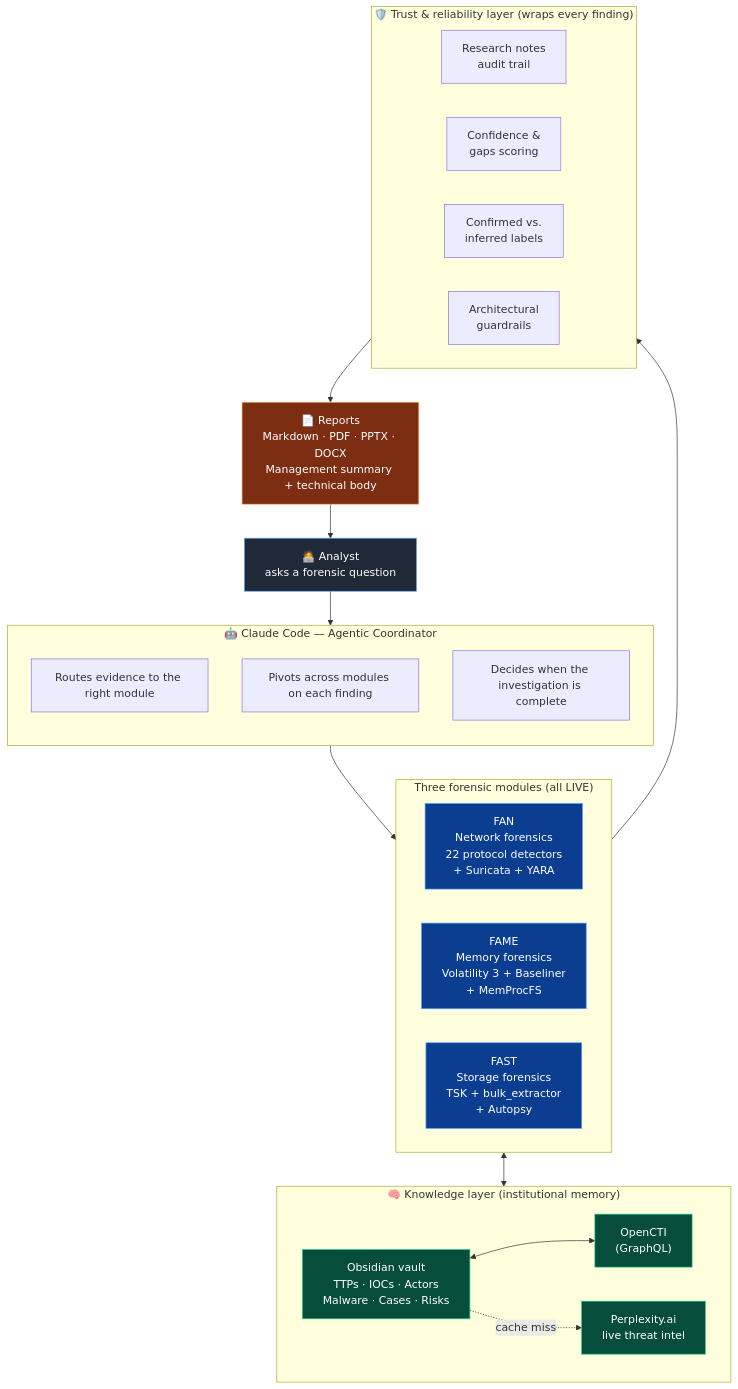
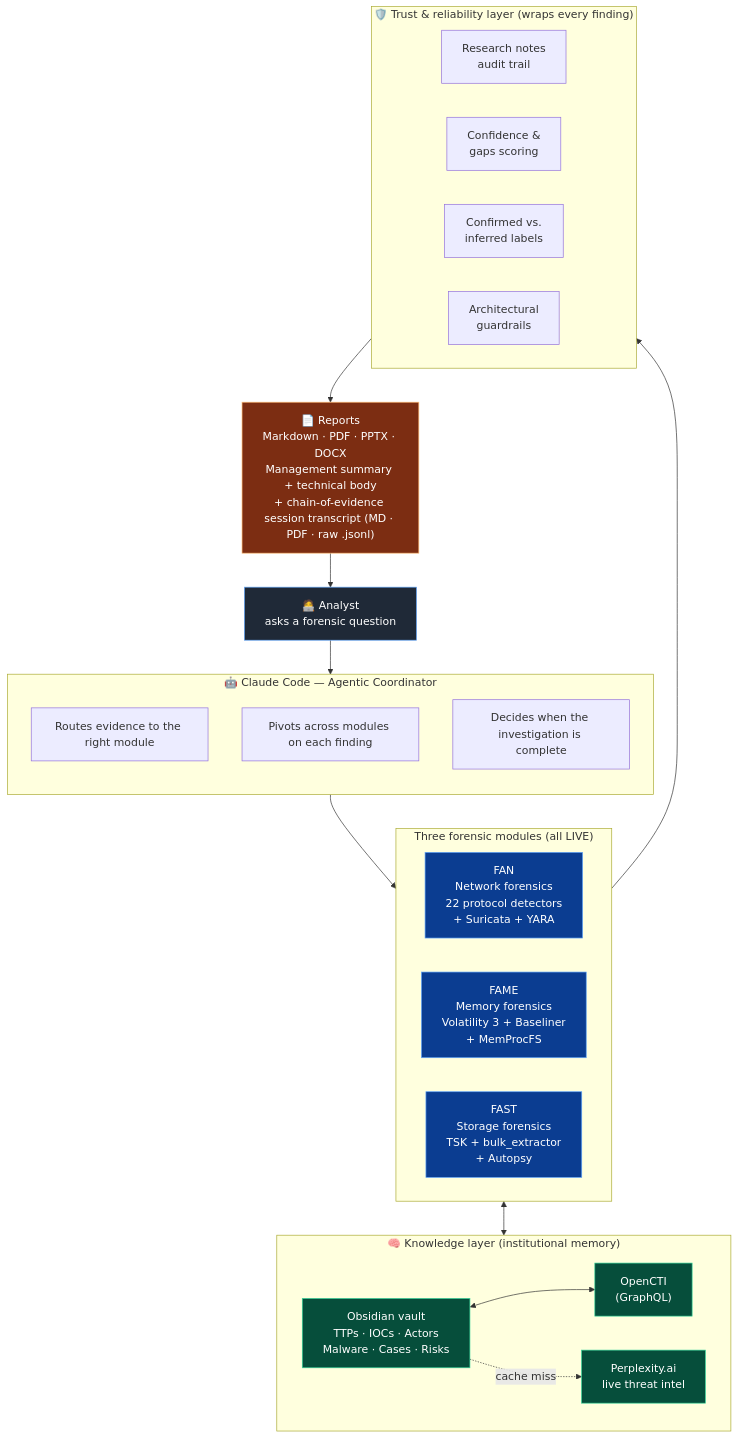
Before and after one commit to vriesrichardde/FanGetFameFast: the first of 9 diagrams in docs/ARCHITECTURE_DIAGRAM.md, drawn with Mermaid. The commit also changed other lines of this file and 10 other files, not shown here.

Commit message:
Add a feature that saves the chat output when using the solution as a PDF that can be used as part of the evidence.

````diff
--- a/docs/ARCHITECTURE_DIAGRAM.md
+++ b/docs/ARCHITECTURE_DIAGRAM.md
@@ -37,49 +37,49 @@
 ```mermaid
 flowchart TB
     A["🧑‍💻 Analyst<br/>asks a forensic question"]:::user
 
     subgraph COORD["🤖 Claude Code — Agentic Coordinator"]
         direction TB
         C1["Routes evidence to the right module"]
         C2["Pivots across modules on each finding"]
         C3["Decides when the investigation is complete"]
     end
 
     subgraph MODS["Three forensic modules (all LIVE)"]
         direction LR
         FAN["FAN<br/>Network forensics<br/>22 protocol detectors<br/>+ Suricata + YARA"]:::mod
         FAME["FAME<br/>Memory forensics<br/>Volatility 3 + Baseliner<br/>+ MemProcFS"]:::mod
         FAST["FAST<br/>Storage forensics<br/>TSK + bulk_extractor<br/>+ Autopsy"]:::mod
     end
 
     subgraph TRUST["🛡️ Trust & reliability layer (wraps every finding)"]
         direction LR
         T1["Research notes<br/>audit trail"]
         T2["Confidence &<br/>gaps scoring"]
         T3["Confirmed vs.<br/>inferred labels"]
         T4["Architectural<br/>guardrails"]
     end
 
     subgraph KNOW["🧠 Knowledge layer (institutional memory)"]
         direction LR
         VAULT["Obsidian vault<br/>TTPs · IOCs · Actors<br/>Malware · Cases · Risks"]:::know
         OCTI["OpenCTI<br/>(GraphQL)"]:::know
         PPLX["Perplexity.ai<br/>live threat intel"]:::know
     end
 
-    OUT["📄 Reports<br/>Markdown · PDF · PPTX · DOCX<br/>Management summary + technical body"]:::out
+    OUT["📄 Reports<br/>Markdown · PDF · PPTX · DOCX<br/>Management summary + technical body<br/>+ chain-of-evidence session transcript (MD · PDF · raw .jsonl)"]:::out
 
     A --> COORD
     COORD --> MODS
     MODS --> TRUST
     TRUST --> OUT
     MODS <--> KNOW
     VAULT <--> OCTI
     VAULT -. "cache miss" .-> PPLX
     OUT --> A
 
     classDef user fill:#1f2937,stroke:#60a5fa,color:#fff
     classDef mod fill:#0b3d91,stroke:#60a5fa,color:#fff
     classDef know fill:#064e3b,stroke:#34d399,color:#fff
     classDef out fill:#7c2d12,stroke:#fdba74,color:#fff
 ```
````
